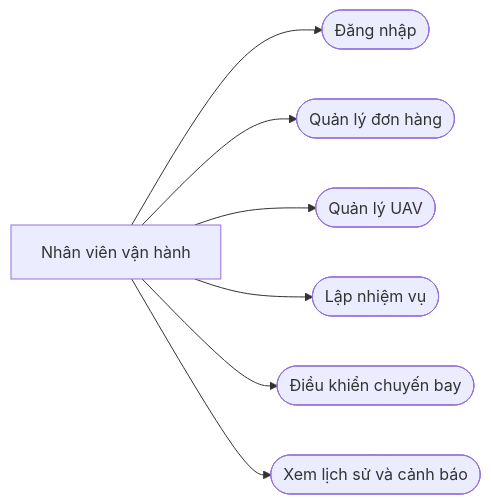
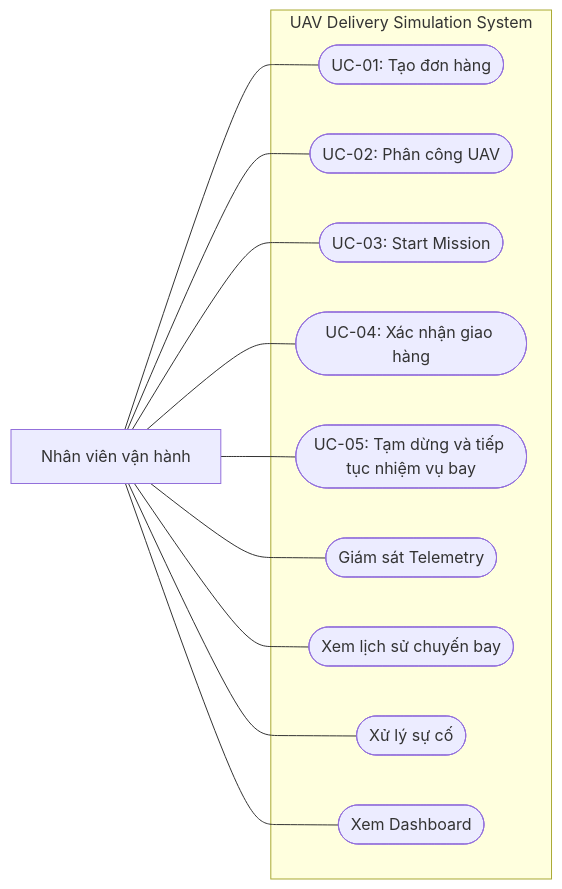
One commit to vinhle-tech/uav-delivery-simulation changed the diagram in docs/06-diagrams/03-use-cases.mmd. Above: the diagram before and after it, drawn with Mermaid. The commit also changed 3 other files, not shown here.

```diff
--- a/docs/06-diagrams/03-use-cases.mmd
+++ b/docs/06-diagrams/03-use-cases.mmd
@@ -1,7 +1,25 @@
+
 flowchart LR
-  Operator["Nhân viên vận hành"] --> Login(["Đăng nhập"])
-  Operator --> Orders(["Quản lý đơn hàng"])
-  Operator --> Drones(["Quản lý UAV"])
-  Operator --> Missions(["Lập nhiệm vụ"])
-  Operator --> Flight(["Điều khiển chuyến bay"])
-  Operator --> Reports(["Xem lịch sử và cảnh báo"])
+    NV["Nhân viên vận hành"]
+
+    subgraph SYS["UAV Delivery Simulation System"]
+        UC01(["UC-01: Tạo đơn hàng"])
+        UC02(["UC-02: Phân công UAV"])
+        UC03(["UC-03: Start Mission"])
+        UC04(["UC-04: Xác nhận giao hàng"])
+        UC05(["UC-05: Tạm dừng và tiếp tục nhiệm vụ bay"])
+        UC06(["Giám sát Telemetry"])
+        UC07(["Xem lịch sử chuyến bay"])
+        UC08(["Xử lý sự cố"])
+        UC09(["Xem Dashboard"])
+    end
+
+    NV --- UC01
+    NV --- UC02
+    NV --- UC03
+    NV --- UC04
+    NV --- UC05
+    NV --- UC06
+    NV --- UC07
+    NV --- UC08
+    NV --- UC09
```
